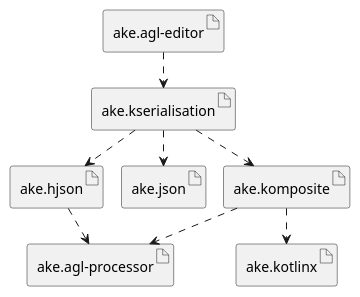
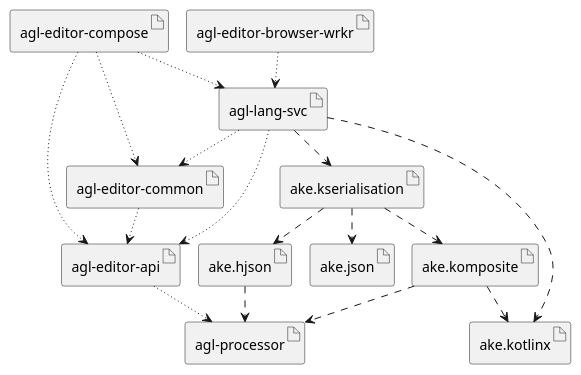
The diagram in net.akehurst.language.editor/_architecture/dependencies.puml (dhakehurst/net.akehurst.language.editor), drawn with PlantUML before and after one commit. The commit also changed 16 other files, not shown here.

```diff
--- a/net.akehurst.language.editor/_architecture/dependencies.puml
+++ b/net.akehurst.language.editor/_architecture/dependencies.puml
@@ -1,21 +1,42 @@
 @startuml
 !pragma layout smetana
 
+artifact "agl-editor-api" as ed_api
+artifact "agl-editor-common" as ed_com
+artifact "agl-lang-svc" as lang_svc
+artifact "agl-editor-compose" as ed_compose
+
+artifact "agl-editor-browser-wrkr" as brws_wrkr
+
+artifact "agl-processor" as agl_proc
 artifact "ake.hjson" as hjson
 artifact "ake.json" as json
-artifact "ake.agl-processor" as agl
-artifact "ake.agl-editor" as agl_editor
 
 artifact "ake.kserialisation" as kserialisation
 artifact "ake.komposite" as komposite
 artifact "ake.kotlinx" as kotlinx
 
-agl_editor -[dashed]-> kserialisation
+
+ed_api -[dotted]-> agl_proc
+ed_com -[dotted]-> ed_api
+
+lang_svc -[dotted]-> ed_api
+lang_svc -[dotted]-> ed_com
+lang_svc -[dashed]-> kotlinx
+lang_svc -[dashed]-> kserialisation
+
+ed_compose -[dotted]-> ed_api
+ed_compose -[dotted]-> ed_com
+ed_compose -[dotted]-> lang_svc
+
+brws_wrkr -[dotted]-> lang_svc
+
+
 kserialisation -[dashed]-> komposite
 kserialisation -[dashed]-> hjson
 kserialisation -[dashed]-> json
 komposite -[dashed]-> kotlinx
-komposite -[dashed]-> agl
-hjson -[dashed]-> agl
+komposite -[dashed]-> agl_proc
+hjson -[dashed]-> agl_proc
 
 @enduml
```
